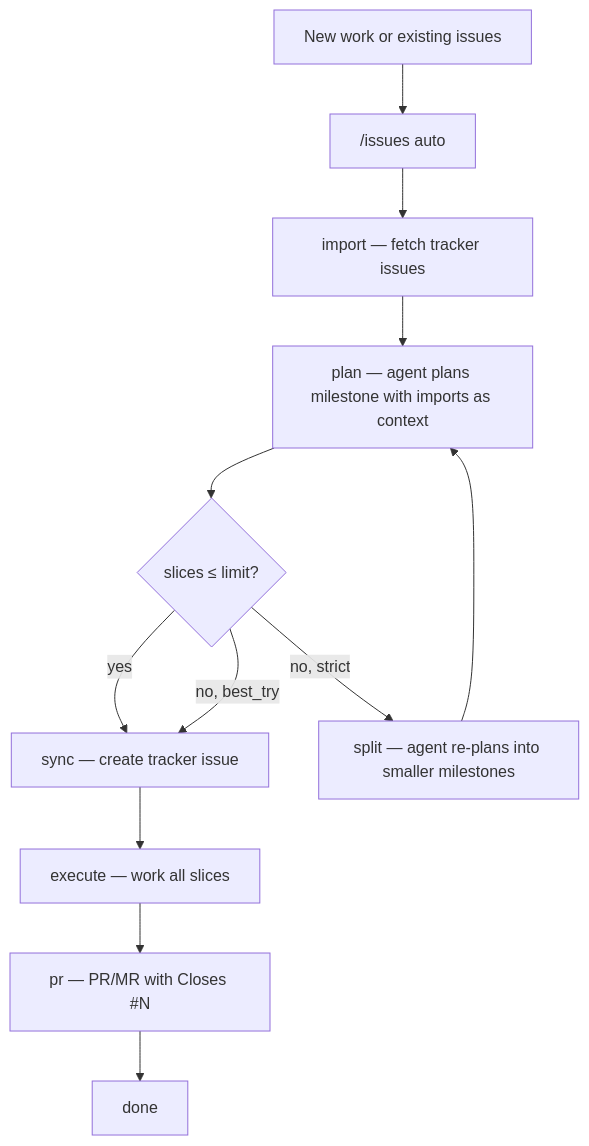
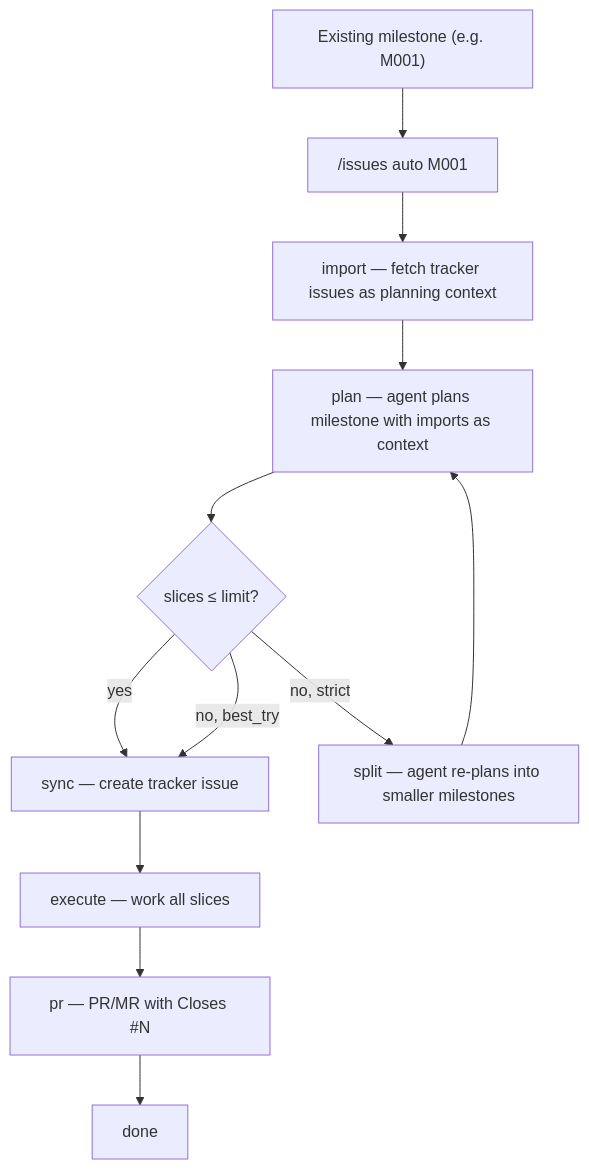
The second of 2 diagrams in README.md (casimp/gsd-issues), drawn with Mermaid before and after one commit. The commit also changed other lines of this file, not shown here.

Commit message:
docs: clarify auto flow requires existing milestone, document entry point

````diff
--- a/README.md
+++ b/README.md
@@ -34,14 +36,14 @@
 ```mermaid
 flowchart TD
-    A[New work or existing issues] --> B["/issues auto"]
-    B --> C[import — fetch tracker issues]
+    A["Existing milestone (e.g. M001)"] --> B["/issues auto M001"]
+    B --> C[import — fetch tracker issues as planning context]
     C --> D[plan — agent plans milestone with imports as context]
     D --> E{slices ≤ limit?}
     E -- yes --> G[sync — create tracker issue]
     E -- no, strict --> F[split — agent re-plans into smaller milestones]
     F --> D
     E -- no, best_try --> G
     G --> H[execute — work all slices]
     H --> I["pr — PR/MR with Closes #N"]
     I --> J[done]
 ```
````
